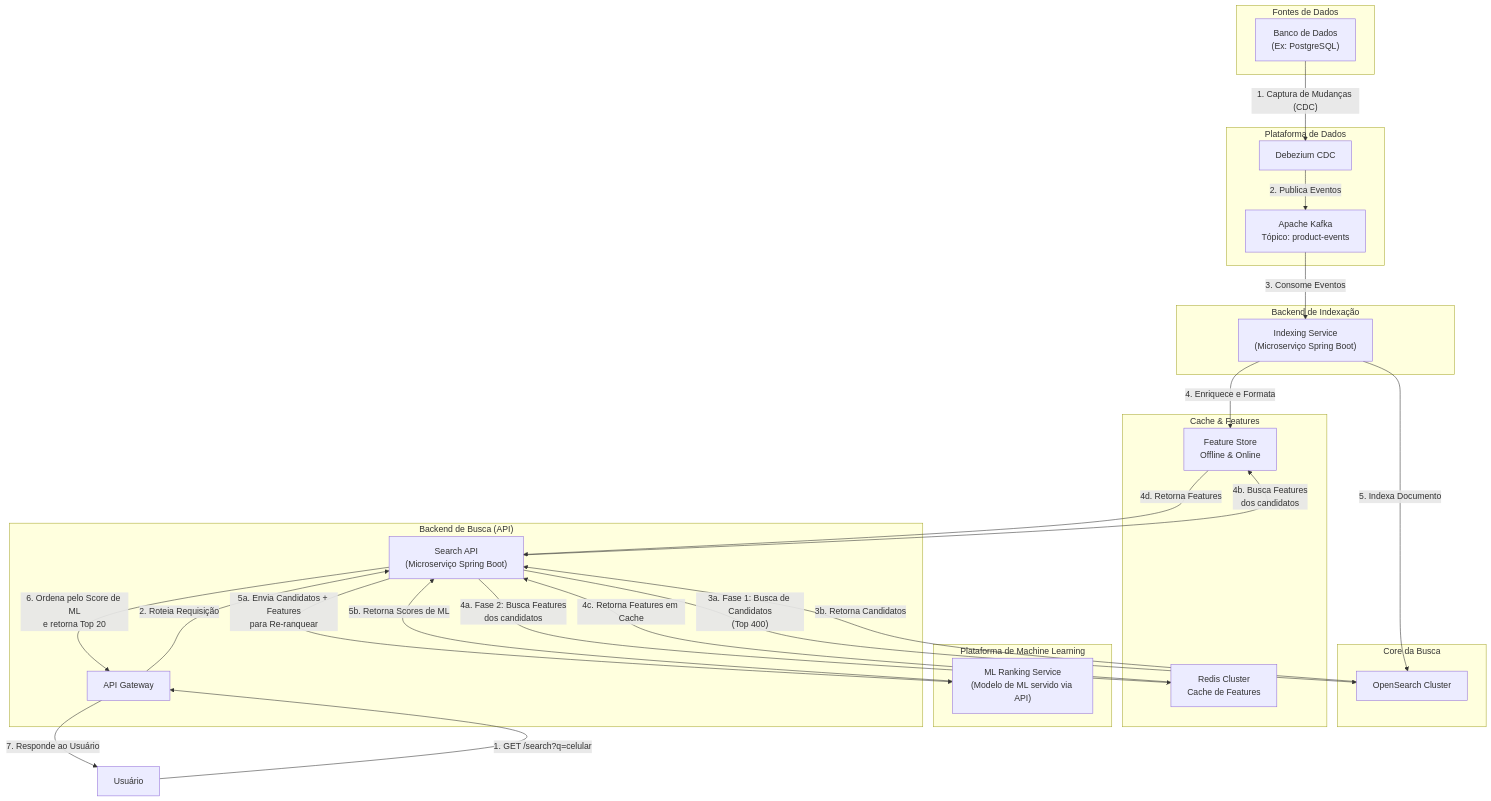
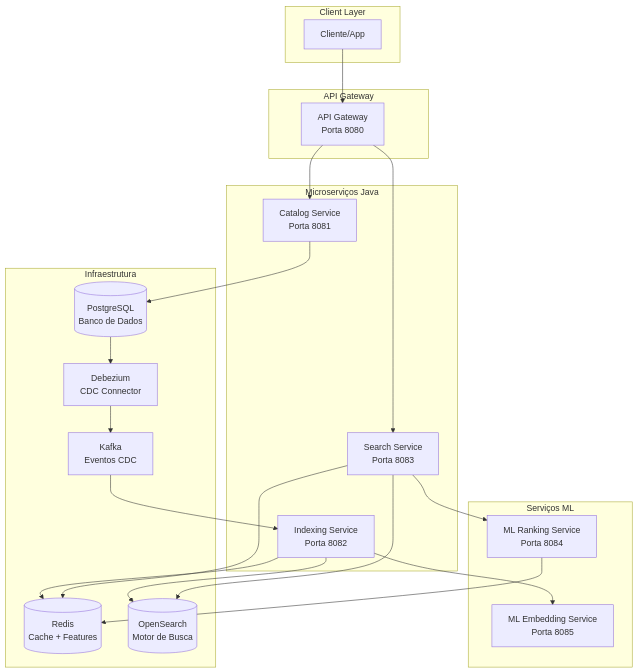
One commit to pablords/marketplace-search-system changed the second of 2 diagrams in README.md. Above: the diagram before and after it, drawn with Mermaid. The commit also changed other lines of this file and 11 other files, not shown here.

Commit message:
feat: enhance Marketplace Search System documentation and architecture; add detailed README files for API Gateway, Catalog Service, Indexing Service, and Search Service; update architecture overview and component descriptions; remove outdated documents related to async indexing and business rules

````diff
--- a/README.md
+++ b/README.md
@@ -323,58 +452,48 @@
 ```mermaid
-
 graph TD
-    subgraph "Fontes de Dados"
-        DB["Banco de Dados<br>(Ex: PostgreSQL)"]
+    subgraph "Client Layer"
+        CLIENT[Cliente/App]
     end
 
-    subgraph "Plataforma de Dados"
-        CDC[Debezium CDC]
-        KAFKA["Apache Kafka<br>Tópico: product-events"]
+    subgraph "API Gateway"
+        GATEWAY[API Gateway<br/>Porta 8080]
     end
 
-    subgraph "Backend de Indexação"
-        IDX_SVC["Indexing Service<br>(Microserviço Spring Boot)"]
+    subgraph "Microserviços Java"
+        CATALOG[Catalog Service<br/>Porta 8081]
+        INDEXING[Indexing Service<br/>Porta 8082]
+        SEARCH[Search Service<br/>Porta 8083]
     end
 
-    subgraph "Core da Busca"
-        ELASTIC[OpenSearch Cluster]
+    subgraph "Serviços ML"
+        ML_RANKING[ML Ranking Service<br/>Porta 8084]
+        ML_EMBEDDING[ML Embedding Service<br/>Porta 8085]
     end
 
-    subgraph "Cache & Features"
-        REDIS["Redis Cluster<br>Cache de Features"]
-        FS["Feature Store<br>Offline & Online"]
-    end
-    
-    subgraph "Plataforma de Machine Learning"
-        ML_MODEL["ML Ranking Service<br>(Modelo de ML servido via API)"]
+    subgraph "Infraestrutura"
+        POSTGRES[(PostgreSQL<br/>Banco de Dados)]
+        REDIS[(Redis<br/>Cache + Features)]
+        OPENSEARCH[(OpenSearch<br/>Motor de Busca)]
+        KAFKA[Kafka<br/>Eventos CDC]
+        DEBEZIUM[Debezium<br/>CDC Connector]
     end
 
-    subgraph "Backend de Busca (API)"
-        API_GW[API Gateway]
-        SEARCH_API["Search API<br>(Microserviço Spring Boot)"]
-    end
-
-    USER[Usuário]
-
-    %% FLUXO DE INDEXAÇÃO (ESCRITA)
-    DB --"1. Captura de Mudanças (CDC)"--> CDC
-    CDC --"2. Publica Eventos"--> KAFKA
-    KAFKA --"3. Consome Eventos"--> IDX_SVC
-    IDX_SVC --"4. Enriquece e Formata"--> FS
-    IDX_SVC --"5. Indexa Documento"--> ELASTIC
-
-    %% FLUXO DE BUSCA (LEITURA)
-    USER --"1. GET /search?q=celular"--> API_GW
-    API_GW --"2. Roteia Requisição"--> SEARCH_API
-    SEARCH_API --"3a. Fase 1: Busca de Candidatos<br>(Top 400)"--> ELASTIC
-    ELASTIC --"3b. Retorna Candidatos"--> SEARCH_API
-    SEARCH_API --"4a. Fase 2: Busca Features<br>dos candidatos"--> REDIS
-    SEARCH_API --"4b. Busca Features<br>dos candidatos"--> FS
-    REDIS --"4c. Retorna Features em Cache"--> SEARCH_API
-    FS --"4d. Retorna Features"--> SEARCH_API
-    SEARCH_API --"5a. Envia Candidatos + Features<br>para Re-ranquear"--> ML_MODEL
-    ML_MODEL --"5b. Retorna Scores de ML"--> SEARCH_API
-    SEARCH_API --"6. Ordena pelo Score de ML<br>e retorna Top 20"--> API_GW
-    API_GW --"7. Responde ao Usuário"--> USER
-
+    CLIENT --> GATEWAY
+    GATEWAY --> CATALOG
+    GATEWAY --> SEARCH
+    
+    CATALOG --> POSTGRES
+    POSTGRES --> DEBEZIUM
+    DEBEZIUM --> KAFKA
+    KAFKA --> INDEXING
+    
+    INDEXING --> ML_EMBEDDING
+    INDEXING --> OPENSEARCH
+    INDEXING --> REDIS
+    
+    SEARCH --> OPENSEARCH
+    SEARCH --> REDIS
+    SEARCH --> ML_RANKING
+    
+    ML_RANKING --> REDIS
 ```
````
